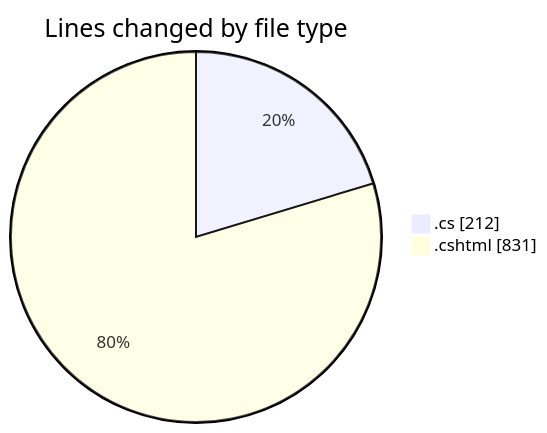
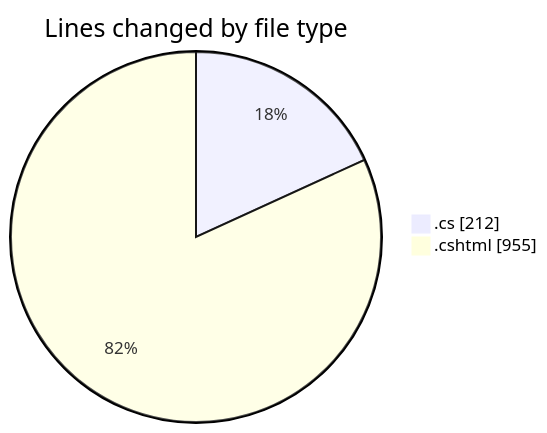
One commit to lephambinh05/code-tracking changed the first of 2 diagrams in 2025-07-16/nhahang/README.md. Above: the diagram before and after it, drawn with Mermaid. The commit also changed other lines of this file and 1 other file, not shown here.

````diff
--- a/2025-07-16/nhahang/README.md
+++ b/2025-07-16/nhahang/README.md
@@ -42,6 +45,6 @@
 ```mermaid
 pie showData
 title Lines changed by file type
 ".cs" : 212
-".cshtml" : 831
+".cshtml" : 955
 ```
````
